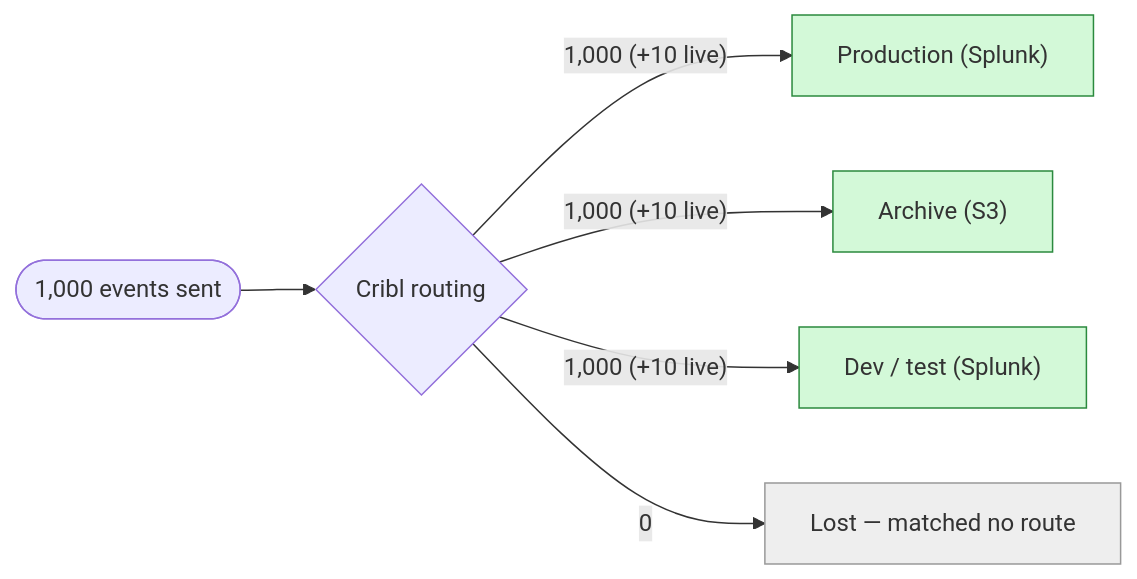
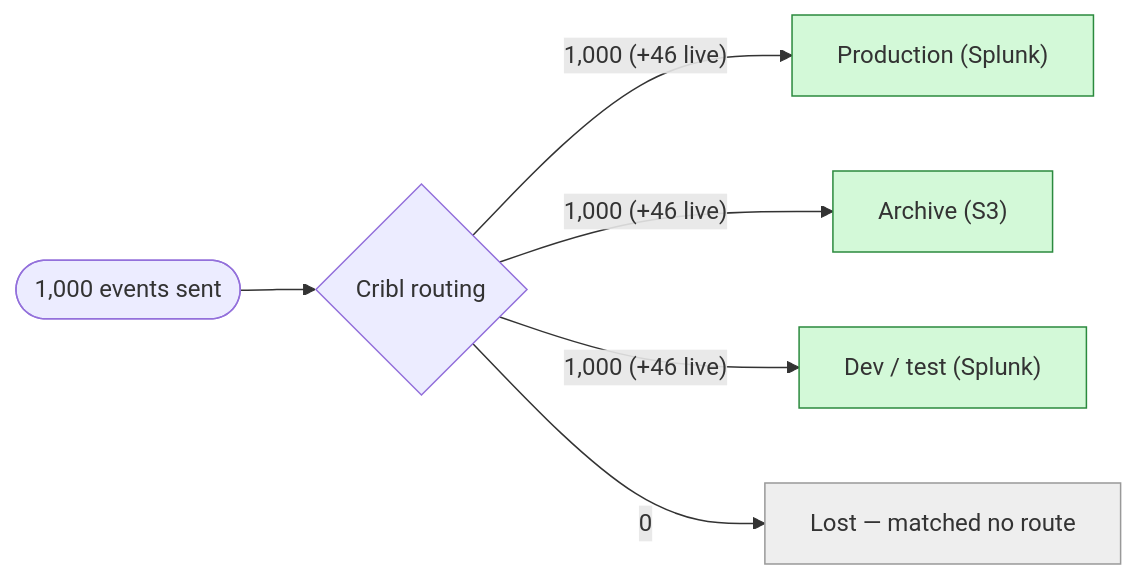
Before and after one commit to JacobPEvans-personal/cc-stream-zscaler-incident-test: the third of 9 diagrams in REPORT.md, drawn with Mermaid. The commit also changed other lines of this file and 9 other files, not shown here.

````diff
--- a/REPORT.md
+++ b/REPORT.md
@@ -133,12 +133,12 @@
 ```mermaid
 flowchart LR
   IN(["1,000 events sent"]) --> C{"Cribl routing"}
-  C -->|"1,000 (+10 live)"| prod["Production (Splunk)"]
+  C -->|"1,000 (+46 live)"| prod["Production (Splunk)"]
   style prod fill:#d3f9d8,stroke:#2b8a3e
-  C -->|"1,000 (+10 live)"| s3["Archive (S3)"]
+  C -->|"1,000 (+46 live)"| s3["Archive (S3)"]
   style s3 fill:#d3f9d8,stroke:#2b8a3e
-  C -->|"1,000 (+10 live)"| dev["Dev / test (Splunk)"]
+  C -->|"1,000 (+46 live)"| dev["Dev / test (Splunk)"]
   style dev fill:#d3f9d8,stroke:#2b8a3e
   C -->|"0"| default["Lost — matched no route"]
   style default fill:#eee,stroke:#999
 ```
````
